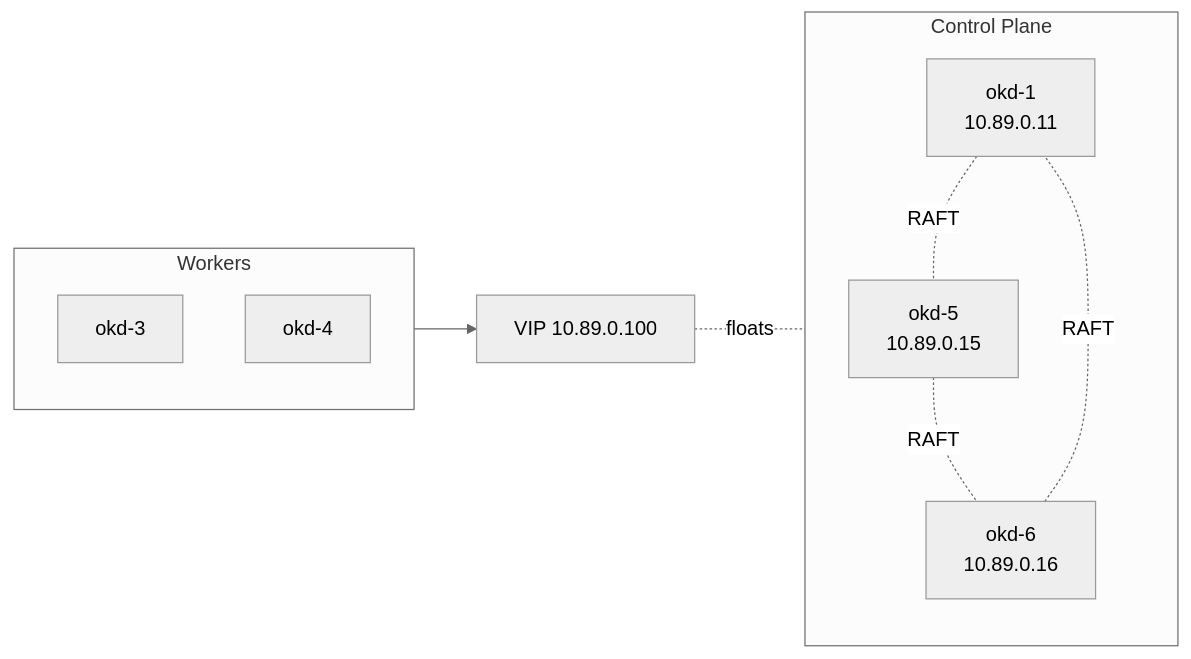
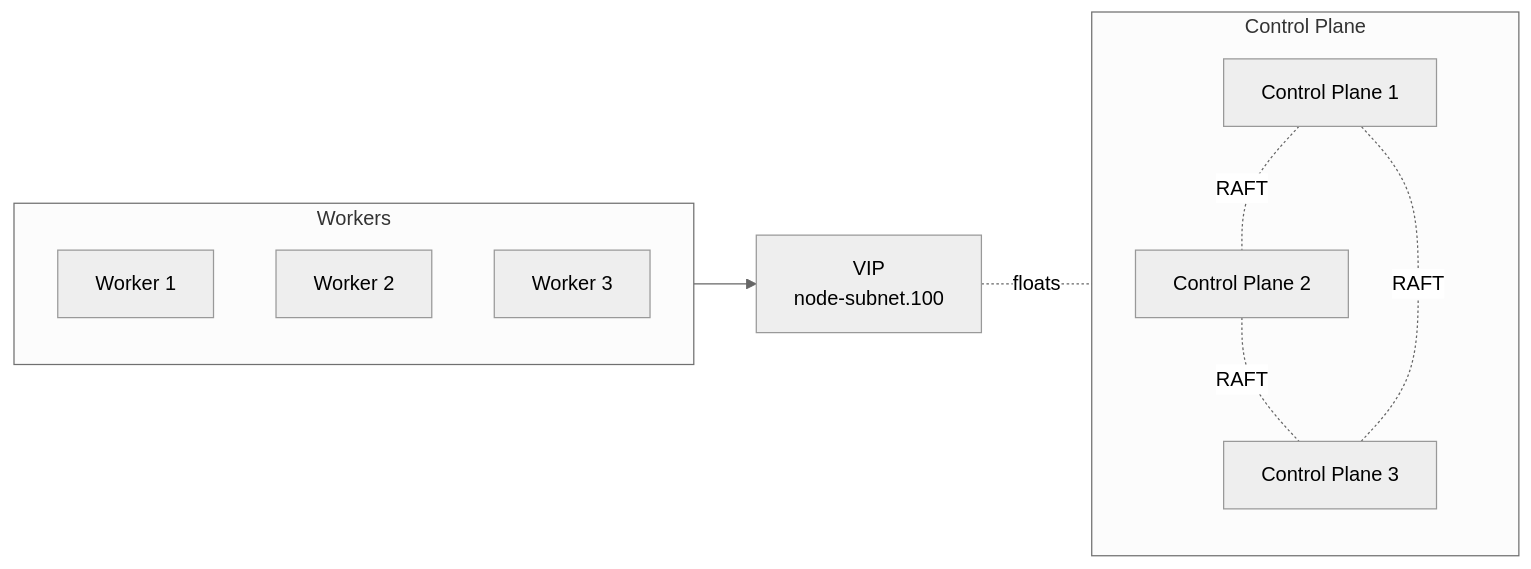
Before and after one commit to leelavg/microshift-dsm: the first of 2 diagrams in docs/user/howto_ha.md, drawn with Mermaid (neutral theme). The commit also changed other lines of this file and 15 other files, not shown here.

````diff
--- a/docs/user/howto_ha.md
+++ b/docs/user/howto_ha.md
@@ -17,19 +26,20 @@
 ```mermaid
 graph LR
     subgraph CP[Control Plane]
-        CP1[okd-1<br/>10.89.0.11]
-        CP2[okd-5<br/>10.89.0.15]
-        CP3[okd-6<br/>10.89.0.16]
+        CP1[Control Plane 1]
+        CP2[Control Plane 2]
+        CP3[Control Plane 3]
     end
 
     subgraph Workers
-        W1[okd-3]
-        W2[okd-4]
+        W1[Worker 1]
+        W2[Worker 2]
+        W3[Worker 3]
     end
 
-    VIP[VIP 10.89.0.100]
+    VIP[VIP<br/>node-subnet.100]
 
     CP1 -.RAFT.- CP2 -.RAFT.- CP3 -.RAFT.- CP1
     VIP -.floats.- CP
     Workers --> VIP
 ```
````
